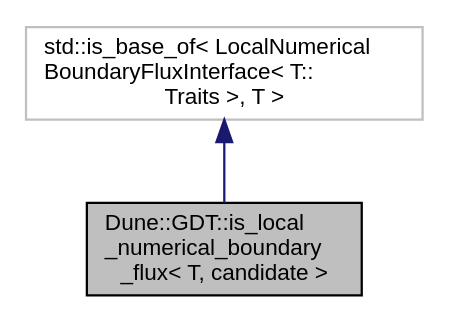
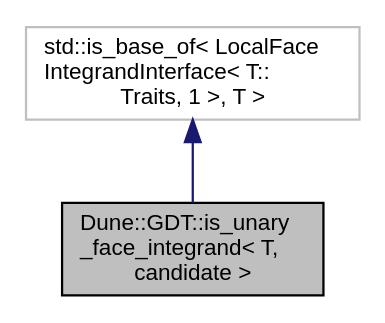
The diagram in docs/dune-gdt/''/a03219.dot (dune-community/dune-community.github.io), drawn with Graphviz before and after one commit. The commit also changed 2647 other files, not shown here.

Commit message:
Updated documentation for dune-gdt ''

```diff
--- a/docs/dune-gdt/''/a03219.dot
+++ b/docs/dune-gdt/''/a03219.dot
@@ -1,8 +1,8 @@
-digraph "Dune::GDT::is_local_numerical_boundary_flux&lt; T, candidate &gt;"
+digraph "Dune::GDT::is_unary_face_integrand&lt; T, candidate &gt;"
 {
   edge [fontname="Helvetica",fontsize="10",labelfontname="Helvetica",labelfontsize="10"];
   node [fontname="Helvetica",fontsize="10",shape=record];
-  Node0 [label="Dune::GDT::is_local\l_numerical_boundary\l_flux\< T, candidate \>",height=0.2,width=0.4,color="black", fillcolor="grey75", style="filled", fontcolor="black"];
+  Node0 [label="Dune::GDT::is_unary\l_face_integrand\< T,\l candidate \>",height=0.2,width=0.4,color="black", fillcolor="grey75", style="filled", fontcolor="black"];
   Node1 -> Node0 [dir="back",color="midnightblue",fontsize="10",style="solid",fontname="Helvetica"];
-  Node1 [label="std::is_base_of\< LocalNumerical\lBoundaryFluxInterface\< T::\lTraits \>, T \>",height=0.2,width=0.4,color="grey75", fillcolor="white", style="filled"];
+  Node1 [label="std::is_base_of\< LocalFace\lIntegrandInterface\< T::\lTraits, 1 \>, T \>",height=0.2,width=0.4,color="grey75", fillcolor="white", style="filled"];
 }
```
